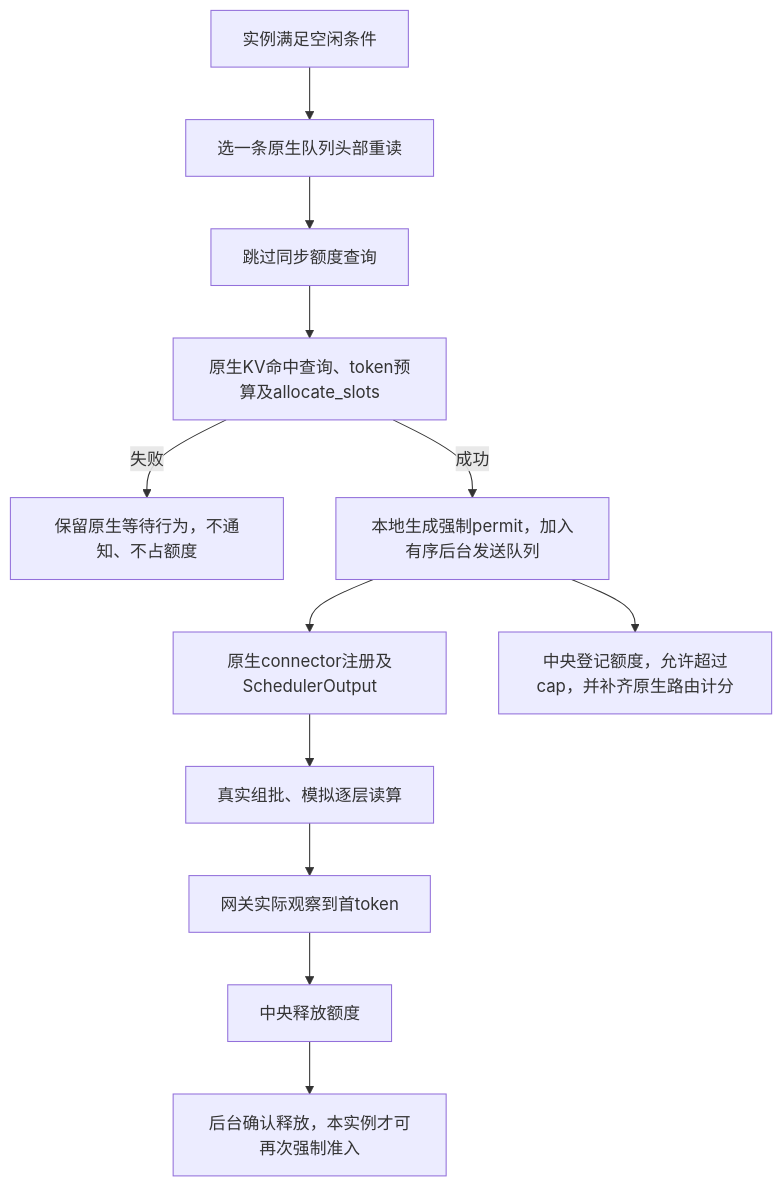
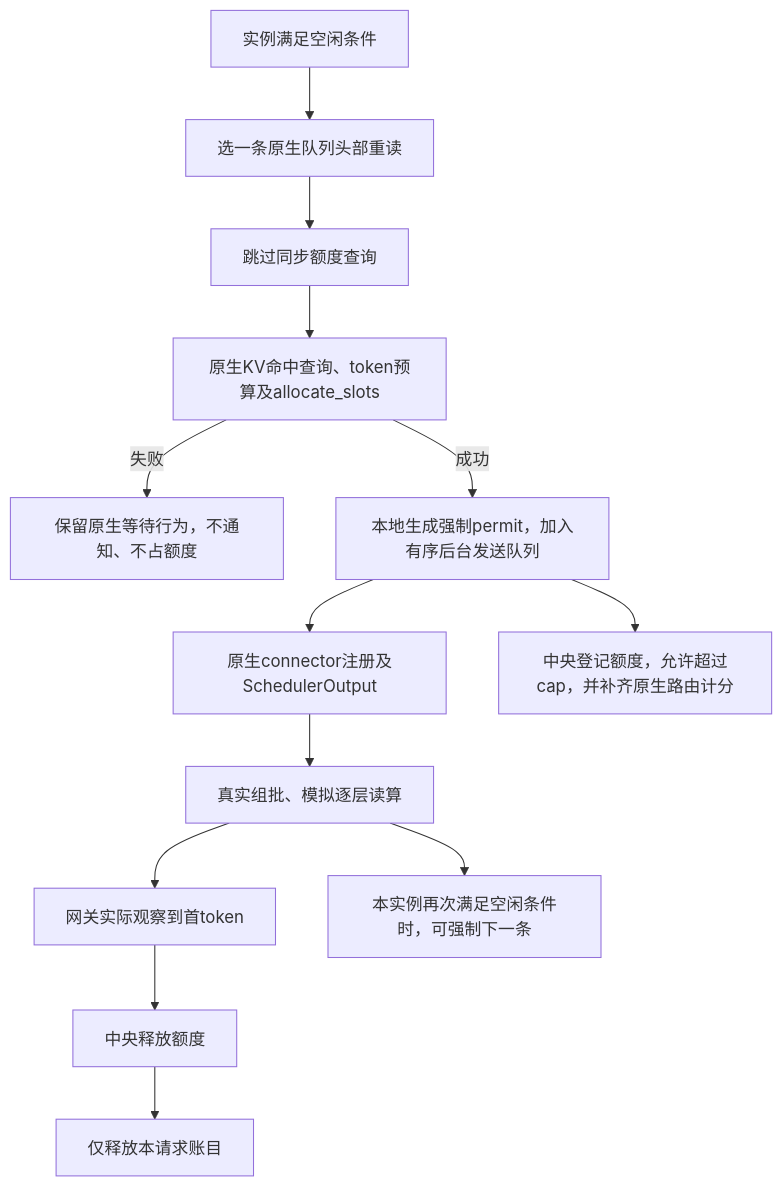
Before and after one commit to QiliangLi/dynamo_vllm_simulation: the diagram in docs/TFS空闲实例强制准入-20261028.md, drawn with Mermaid. The commit also changed other lines of this file and 64 other files, not shown here.

````diff
--- a/docs/TFS空闲实例强制准入-20261028.md
+++ b/docs/TFS空闲实例强制准入-20261028.md
@@ -20,14 +22,15 @@
 ```mermaid
 flowchart TD
     A[实例满足空闲条件] --> B[选一条原生队列头部重读]
     B --> C[跳过同步额度查询]
     C --> D[原生KV命中查询、token预算及allocate_slots]
     D -->|失败| E[保留原生等待行为，不通知、不占额度]
     D -->|成功| F[本地生成强制permit，加入有序后台发送队列]
     F --> G[原生connector注册及SchedulerOutput]
     G --> H[真实组批、模拟逐层读算]
     F --> I[中央登记额度，允许超过cap，并补齐原生路由计分]
     H --> J[网关实际观察到首token]
     J --> K[中央释放额度]
-    K --> L[后台确认释放，本实例才可再次强制准入]
+    K --> L[仅释放本请求账目]
+    H --> M[本实例再次满足空闲条件时，可强制下一条]
 ```
````
